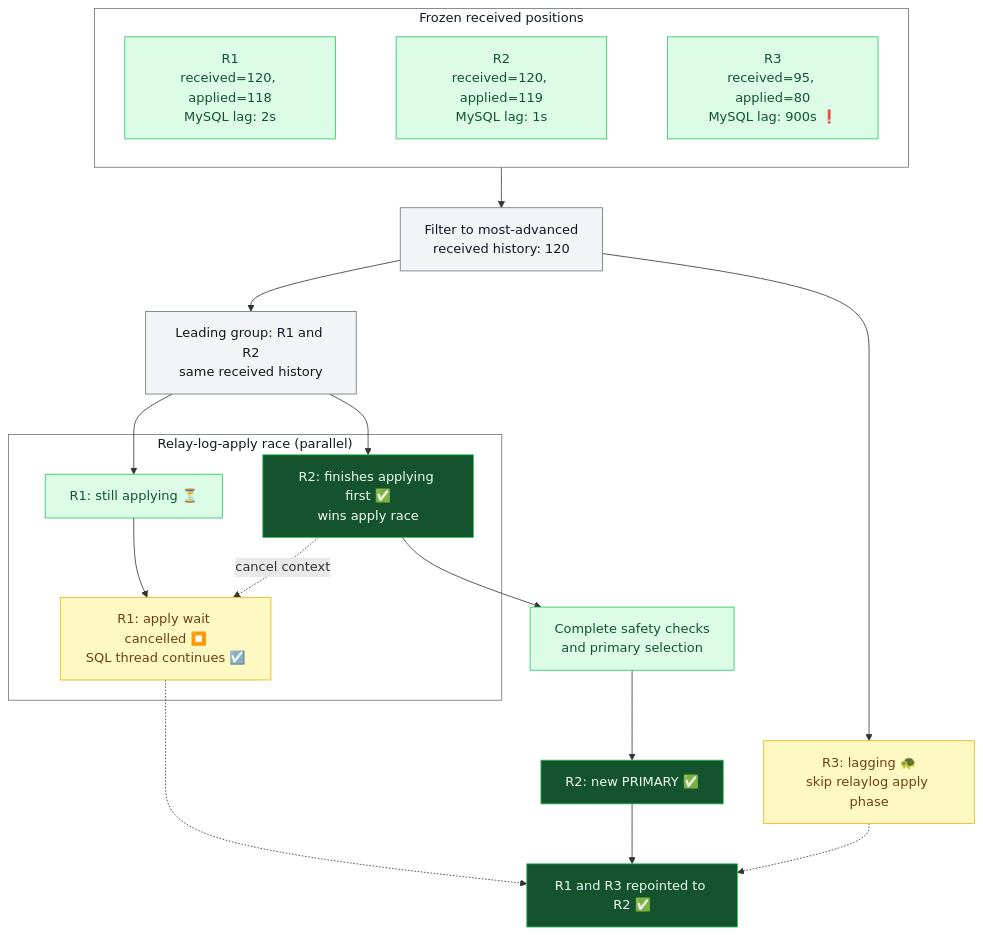
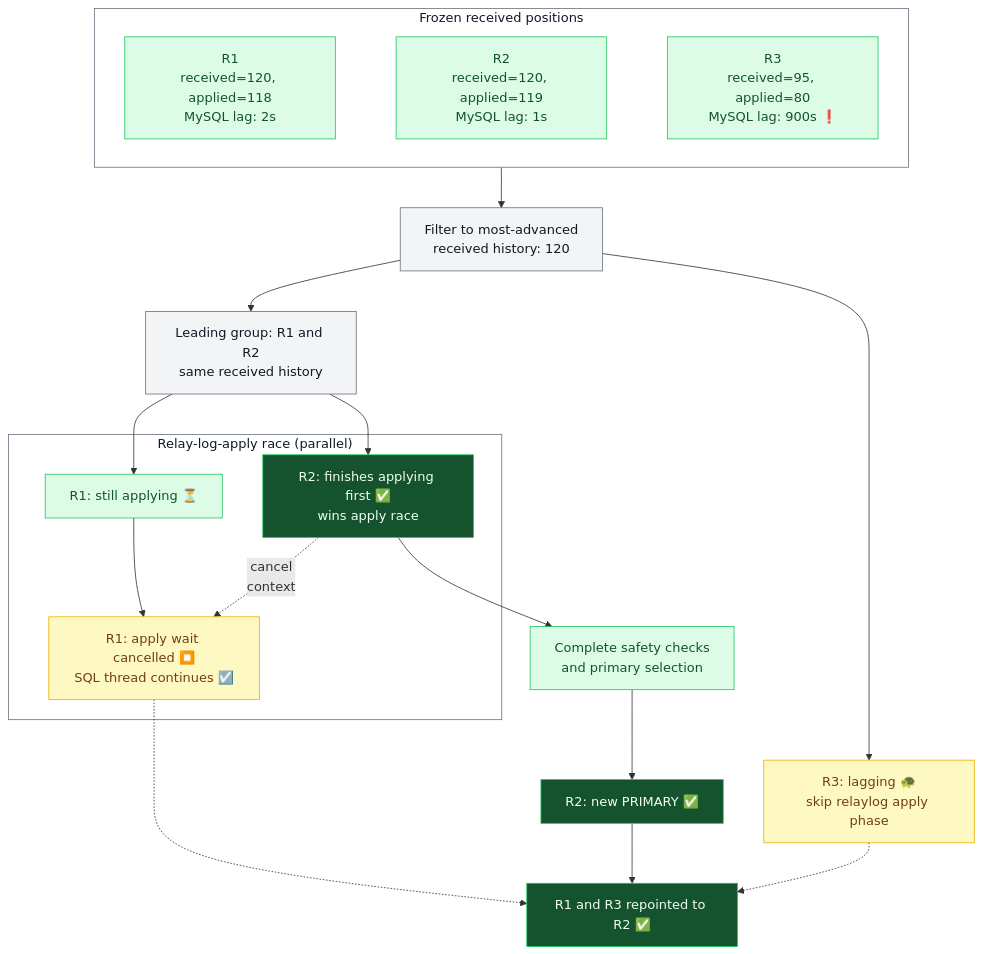
One commit to vitessio/website changed the third of 3 diagrams in content/en/blog/2026-09-23-hardening-emergency-reparent-shard.md. Above: the diagram before and after it, drawn with Mermaid. The commit also changed other lines of this file, not shown here.

````diff
--- a/content/en/blog/2026-09-23-hardening-emergency-reparent-shard.md
+++ b/content/en/blog/2026-09-23-hardening-emergency-reparent-shard.md
@@ -102,39 +102,39 @@
 ```mermaid
 graph TD
     subgraph Positions["Frozen received positions"]
         direction LR
         R1["R1<br/>received=120, applied=118<br/>MySQL lag: 2s"]
         R2["R2<br/>received=120, applied=119<br/>MySQL lag: 1s"]
         R3["R3<br/>received=95, applied=80<br/>MySQL lag: 900s ❗"]
         R1 ~~~ R2 ~~~ R3
     end
 
     Positions --> Filter["Filter to most-advanced<br/>received history: 120"]
     Filter --> Leading["Leading group: R1 and R2<br/>same received history"]
     Filter --> Skipped["R3: lagging 🐢<br/>skip relaylog apply phase"]
 
     Leading --> ApplyR1
     Leading --> ApplyR2
     subgraph Race["Relay-log-apply race (parallel)"]
         ApplyR1["R1: still applying ⏳"]
         ApplyR2["R2: finishes applying first ✅<br/>wins apply race"]
         ApplyR1 --> Cancelled["R1: apply wait cancelled ⏹️<br/>SQL thread continues ☑️"]
-        ApplyR2 -. cancel context .-> Cancelled
+        ApplyR2 -. "cancel<br/>context" .-> Cancelled
     end
 
     ApplyR2 --> Checks["Complete safety checks<br/>and primary selection"]
     Checks --> Primary["R2: new PRIMARY ✅"]
     Primary --> Repoint["R1 and R3 repointed to R2 ✅"]
     Cancelled -.-> Repoint
     Skipped -.-> Repoint
 
     classDef default fill:#f3f4f6,stroke:#6b7280,color:#111827
     classDef healthy fill:#dcfce7,stroke:#22c55e,color:#14532d
     classDef warning fill:#fef9c3,stroke:#eab308,color:#713f12
     classDef completed fill:#14532d,stroke:#22c55e,color:#f0fdf4
     class R1,R2,R3,ApplyR1,Checks healthy
     class Skipped,Cancelled warning
     class ApplyR2,Primary,Repoint completed
     style Positions fill:#ffffff,stroke:#6b7280,color:#111827
     style Race fill:#ffffff,stroke:#6b7280,color:#111827
 ```
````
